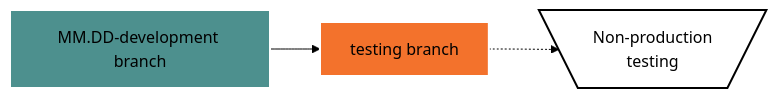
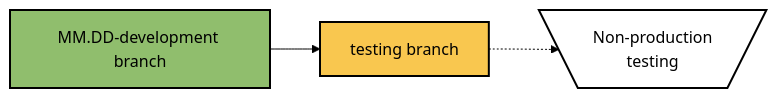
Before and after one commit to spectrum-health-systems/Abatab: the first of 3 diagrams in README_development.md, drawn with Mermaid (forest theme). The commit also changed other lines of this file, not shown here.

````diff
--- a/README_development.md
+++ b/README_development.md
@@ -64,12 +66,12 @@
 ```mermaid
 graph LR
   MonthlyBranch[MM.DD-development branch] --> TestingBranch[testing branch] -.-> NonProductionTesting[\Non-production\ntesting/]
 
-  classDef WintergreenDreamBackgroundWhiteText fill:#4D908E, stroke:#FFFFFF,stroke-width:2px
-  classDef OrangeRedBackgroundWhiteText fill:#F3722C, stroke:#FFFFFF,stroke-width:2px
-  classDef WhiteBackgroundBlackText fill:#FFFFFF, color:#000000, stroke:#000000,stroke-width:2px
+  classDef PistachioBlackBlack fill:#90BE6D, color:#000000, stroke:#000000,stroke-width:2px
+  classDef MaizeBlackBlack fill:#F9C74F, color:#000000, stroke:#000000,stroke-width:2px
+  classDef WhiteBlackBlack fill:#FFFFFF, color:#000000, stroke:#000000,stroke-width:2px
   
-  class MonthlyBranch WintergreenDreamBackgroundWhiteText
-  class TestingBranch OrangeRedBackgroundWhiteText
-  class NonProductionTesting WhiteBackgroundBlackText
+  class MonthlyBranch PistachioBlackBlack
+  class TestingBranch MaizeBlackBlack
+  class NonProductionTesting WhiteBlackBlack
 ```
````
